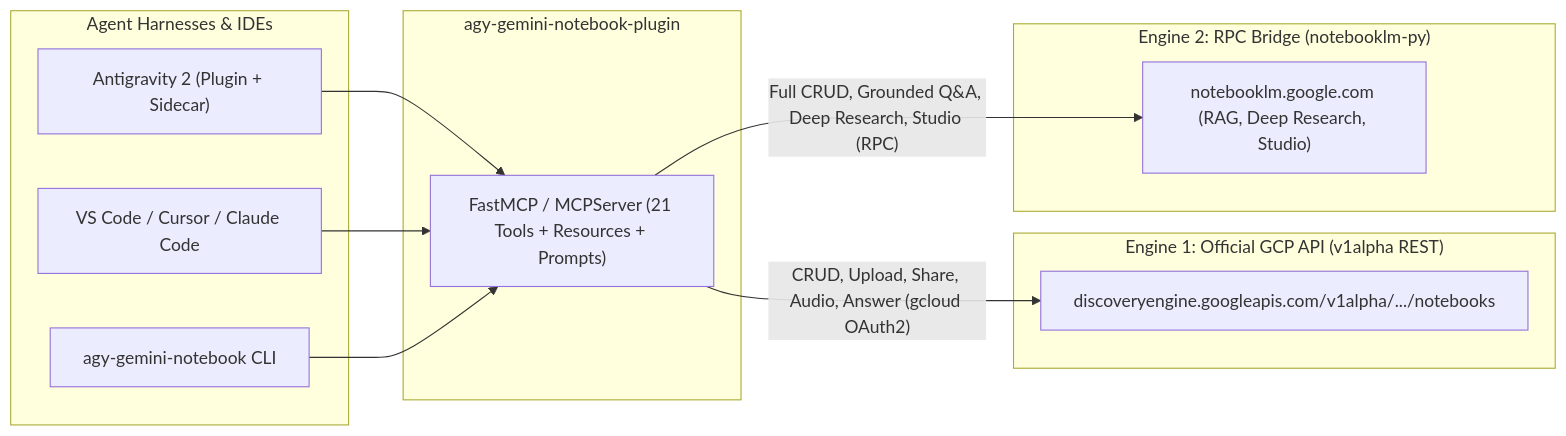
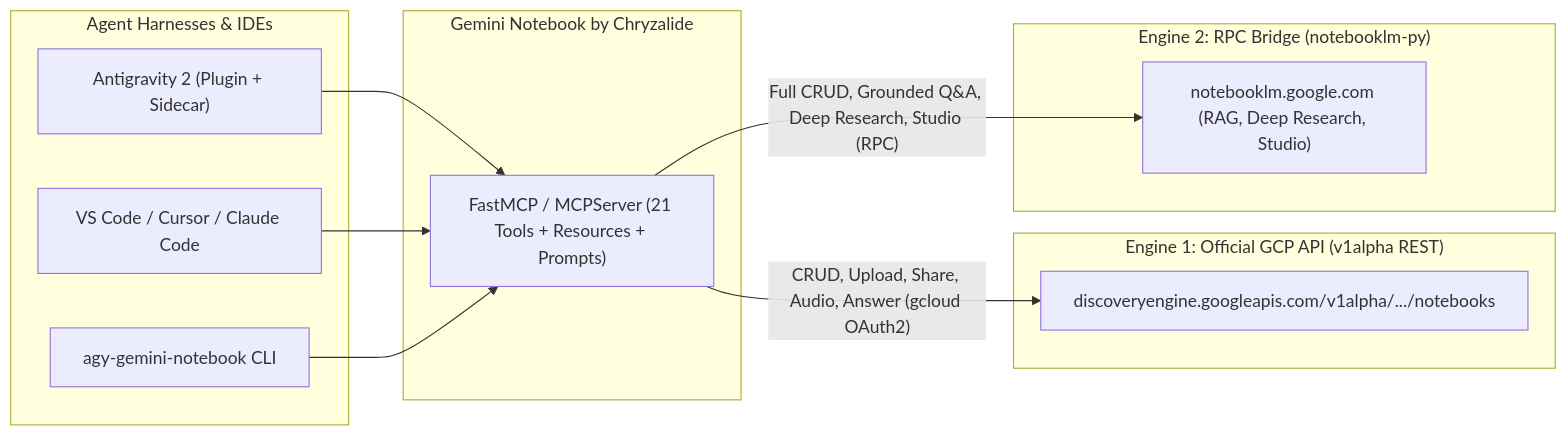
The second of 3 diagrams in README.md (Chryzalide/agy-gemini-notebook-plugin), drawn with Mermaid before and after one commit. The commit also changed other lines of this file and 13 other files, not shown here.

Commit message:
Release v1.0.2: Rebrand to Gemini Notebook by Chryzalide, fix Antigravity 2 Sidecar SDK protocol, and add 5-step setup workflow

````diff
--- a/README.md
+++ b/README.md
@@ -77,26 +77,26 @@
 ```mermaid
 flowchart LR
     subgraph Harnesses["Agent Harnesses & IDEs"]
         AGY["Antigravity 2 (Plugin + Sidecar)"]
         VSC["VS Code / Cursor / Claude Code"]
         CLI["agy-gemini-notebook CLI"]
     end
 
-    subgraph Server["agy-gemini-notebook-plugin"]
+    subgraph Server["Gemini Notebook by Chryzalide"]
         MCP["FastMCP / MCPServer (21 Tools + Resources + Prompts)"]
     end
 
     subgraph GCP["Engine 1: Official GCP API (v1alpha REST)"]
         REST["discoveryengine.googleapis.com/v1alpha/.../notebooks"]
     end
 
     subgraph RPC["Engine 2: RPC Bridge (notebooklm-py)"]
         NLM["notebooklm.google.com (RAG, Deep Research, Studio)"]
     end
 
     AGY --> MCP
     VSC --> MCP
     CLI --> MCP
     MCP -->|"CRUD, Upload, Share, Audio, Answer (gcloud OAuth2)"| REST
     MCP -->|"Full CRUD, Grounded Q&A, Deep Research, Studio (RPC)"| NLM
 ```
````
